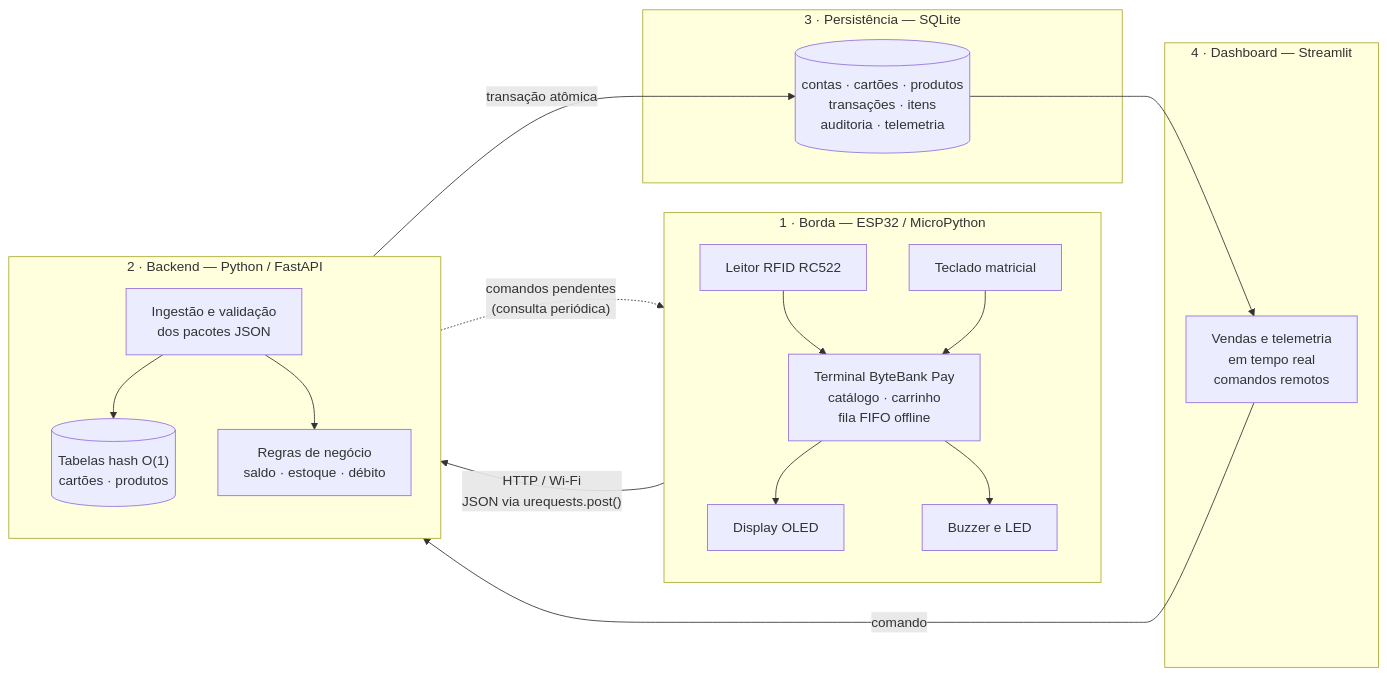
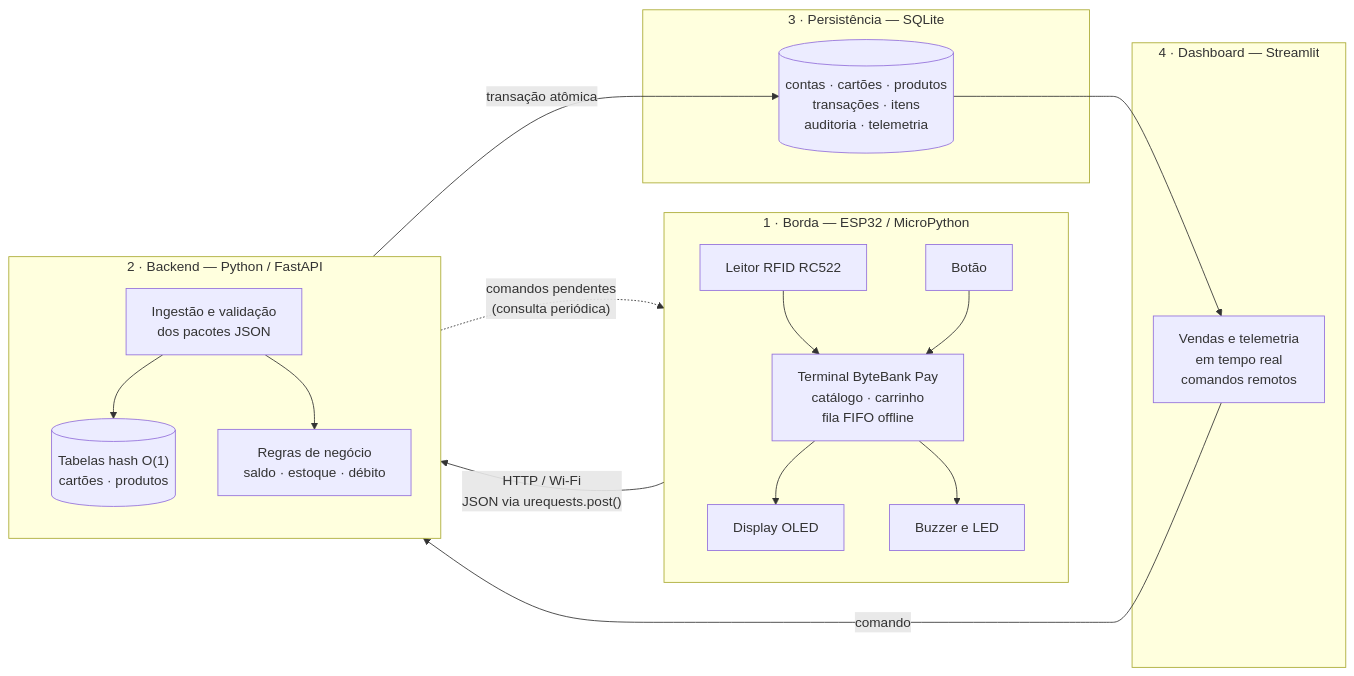
Before and after one commit to Lbrb2/bytebank_pagamentos: the first of 5 diagrams in README.md, drawn with Mermaid. The commit also changed other lines of this file and 19 other files, not shown here.

````diff
--- a/README.md
+++ b/README.md
@@ -49,31 +50,31 @@
 ```mermaid
 flowchart LR
     subgraph EDGE["1 · Borda — ESP32 / MicroPython"]
         direction TB
         RFID["Leitor RFID RC522"] --> POS
-        TEC["Teclado matricial"] --> POS
+        TEC["Botão"] --> POS
         POS["Terminal ByteBank Pay<br/>catálogo · carrinho<br/>fila FIFO offline"]
         POS --> OLED["Display OLED"]
         POS --> BUZ["Buzzer e LED"]
     end
 
     subgraph API["2 · Backend — Python / FastAPI"]
         direction TB
         ING["Ingestão e validação<br/>dos pacotes JSON"] --> HASH[("Tabelas hash O(1)<br/>cartões · produtos")]
         ING --> REG["Regras de negócio<br/>saldo · estoque · débito"]
     end
 
     subgraph BD["3 · Persistência — SQLite"]
         TAB[("contas · cartões · produtos<br/>transações · itens<br/>auditoria · telemetria")]
     end
 
     subgraph DASH["4 · Dashboard — Streamlit"]
         PAINEL["Vendas e telemetria<br/>em tempo real<br/>comandos remotos"]
     end
 
     POS -- "HTTP / Wi-Fi<br/>JSON via urequests.post()" --> ING
     REG -- "transação atômica" --> TAB
     TAB --> PAINEL
     PAINEL -- "comando" --> API
     API -. "comandos pendentes<br/>(consulta periódica)" .-> POS
 ```
````
